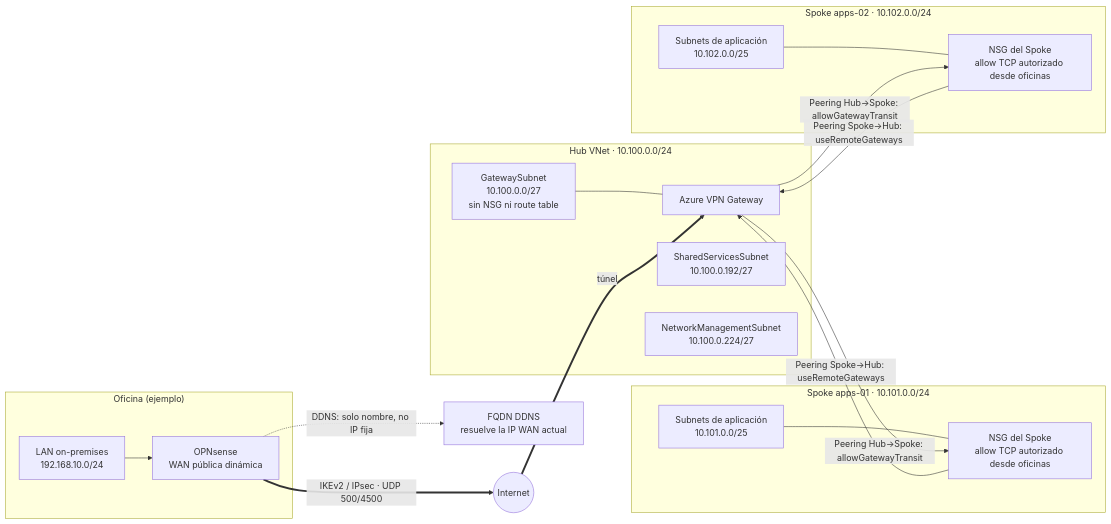
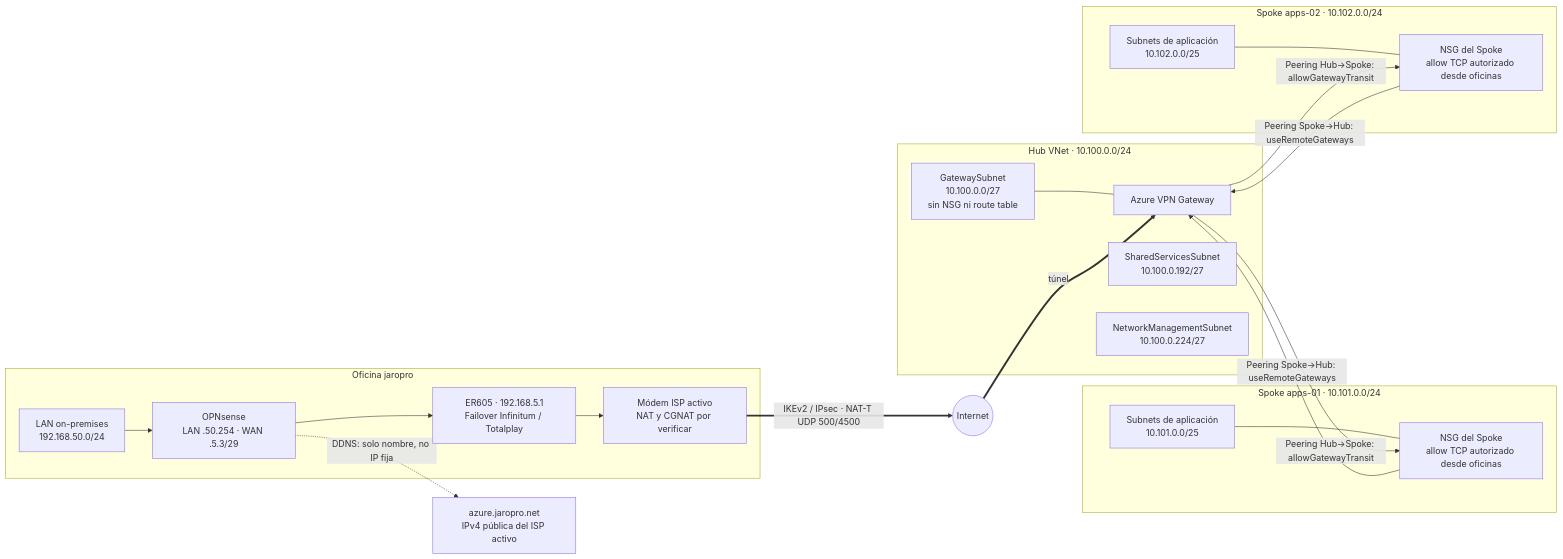
One commit to RogerMicrosoftCode/IaCAzureVPNBicep changed the second of 2 diagrams in README.md. Above: the diagram before and after it, drawn with Mermaid. The commit also changed other lines of this file and 6 other files, not shown here.

First line of the commit message:
Configura VPN jaropro y verifica disponibilidad de redes Azure

````diff
--- a/README.md
+++ b/README.md
@@ -81,38 +81,41 @@
 ```mermaid
 flowchart LR
-    subgraph Office["Oficina (ejemplo)"]
-        LAN["LAN on-premises<br/>192.168.10.0/24"]
-        FW["OPNsense<br/>WAN pública dinámica"]
+    subgraph Office["Oficina jaropro"]
+        LAN["LAN on-premises<br/>192.168.50.0/24"]
+        FW["OPNsense<br/>LAN .50.254 · WAN .5.3/29"]
+        ER["ER605 · 192.168.5.1<br/>Failover Infinitum / Totalplay"]
+        ISP["Módem ISP activo<br/>NAT y CGNAT por verificar"]
         LAN --> FW
+        FW --> ER --> ISP
     end
 
-    FQDN["FQDN DDNS<br/>resuelve la IP WAN actual"]
+    FQDN["azure.jaropro.net<br/>IPv4 pública del ISP activo"]
     WAN(("Internet"))
 
     subgraph Hub["Hub VNet · 10.100.0.0/24"]
         GWNET["GatewaySubnet<br/>10.100.0.0/27<br/>sin NSG ni route table"]
         GW["Azure VPN Gateway"]
         SHARED["SharedServicesSubnet<br/>10.100.0.192/27"]
         MGMT["NetworkManagementSubnet<br/>10.100.0.224/27"]
         GWNET --- GW
     end
 
     subgraph Spoke1["Spoke apps-01 · 10.101.0.0/24"]
         NSG1["NSG del Spoke<br/>allow TCP autorizado desde oficinas"]
         SUB1["Subnets de aplicación<br/>10.101.0.0/25"]
         SUB1 --- NSG1
     end
     subgraph Spoke2["Spoke apps-02 · 10.102.0.0/24"]
         NSG2["NSG del Spoke<br/>allow TCP autorizado desde oficinas"]
         SUB2["Subnets de aplicación<br/>10.102.0.0/25"]
         SUB2 --- NSG2
     end
 
     FW -. "DDNS: solo nombre, no IP fija" .-> FQDN
-    FW ==>|"IKEv2 / IPsec · UDP 500/4500"| WAN
+    ISP ==>|"IKEv2 / IPsec · NAT-T UDP 500/4500"| WAN
     WAN ==>|túnel| GW
     GW -->|"Peering Hub→Spoke: allowGatewayTransit"| NSG1
     NSG1 -->|"Peering Spoke→Hub: useRemoteGateways"| GW
     GW -->|"Peering Hub→Spoke: allowGatewayTransit"| NSG2
     NSG2 -->|"Peering Spoke→Hub: useRemoteGateways"| GW
 ```
````
